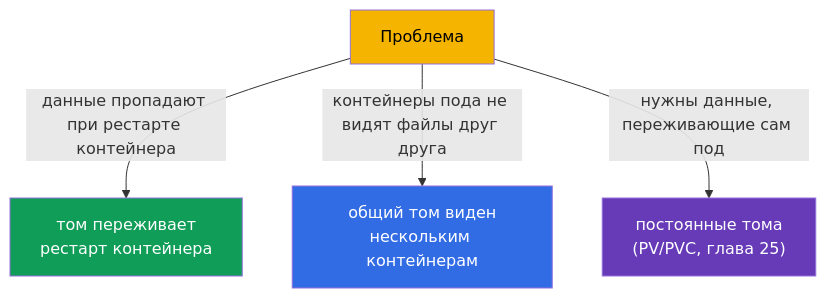
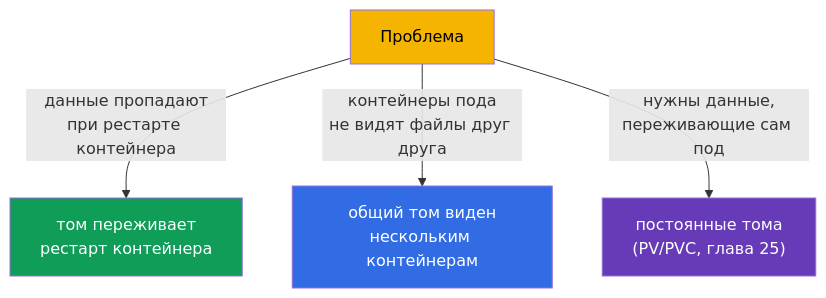
The first of 6 diagrams in tasks/cka/course/24/ru.md (ViktorUJ/cks), drawn with Mermaid before and after one commit. The commit also changed other lines of this file and 30 other files, not shown here.

````diff
--- a/tasks/cka/course/24/ru.md
+++ b/tasks/cka/course/24/ru.md
@@ -16,11 +16,11 @@
 ```mermaid
 flowchart TB
     q["Проблема"]
-    q -->|"данные пропадают при рестарте контейнера"| p1["том переживает<br>рестарт контейнера"]
-    q -->|"контейнеры пода не видят файлы друг друга"| p2["общий том виден<br>нескольким контейнерам"]
-    q -->|"нужны данные, переживающие сам под"| p3["постоянные тома<br>(PV/PVC, глава 25)"]
+    q -->|"данные пропадают<br>при рестарте контейнера"| p1["том переживает<br>рестарт контейнера"]
+    q -->|"контейнеры пода<br>не видят файлы друг друга"| p2["общий том виден<br>нескольким контейнерам"]
+    q -->|"нужны данные,<br>переживающие сам под"| p3["постоянные тома<br>(PV/PVC, глава 25)"]
     style q fill:#f4b400,color:#000
     style p1 fill:#0f9d58,color:#fff
     style p2 fill:#326ce5,color:#fff
     style p3 fill:#673ab7,color:#fff
 ```
````
